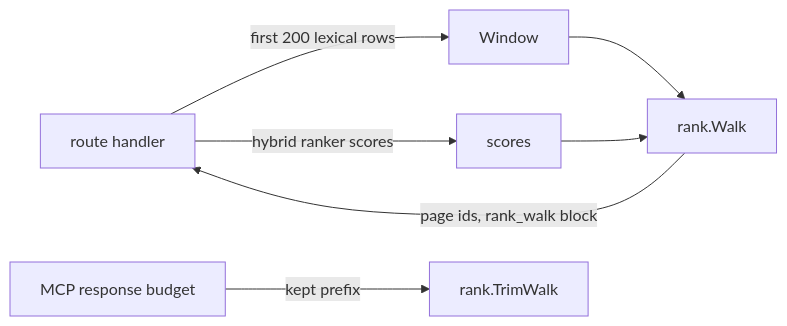
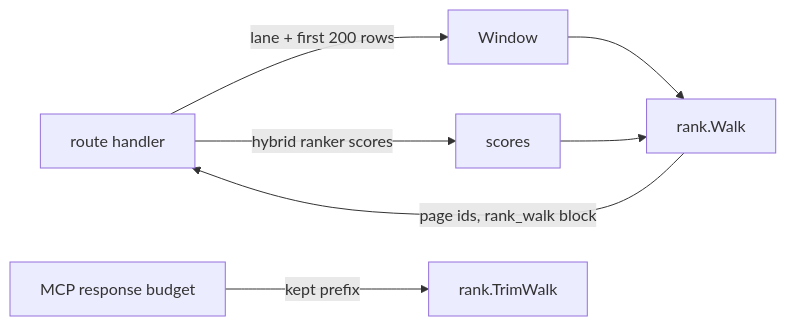
Before and after one commit to eshu-hq/eshu: the diagram in go/internal/query/search/rank/README.md, drawn with Mermaid. The commit also changed other lines of this file and 32 other files, not shown here.

````diff
--- a/go/internal/query/search/rank/README.md
+++ b/go/internal/query/search/rank/README.md
@@ -8,9 +8,9 @@
 ```mermaid
 flowchart LR
-  A[route handler] -->|first 200 lexical rows| B[Window]
+  A[route handler] -->|lane + first 200 rows| B[Window]
   A -->|hybrid ranker scores| C[scores]
   B --> D[rank.Walk]
   C --> D
   D -->|page ids, rank_walk block| A
   E[MCP response budget] -->|kept prefix| F[rank.TrimWalk]
 ```
````
